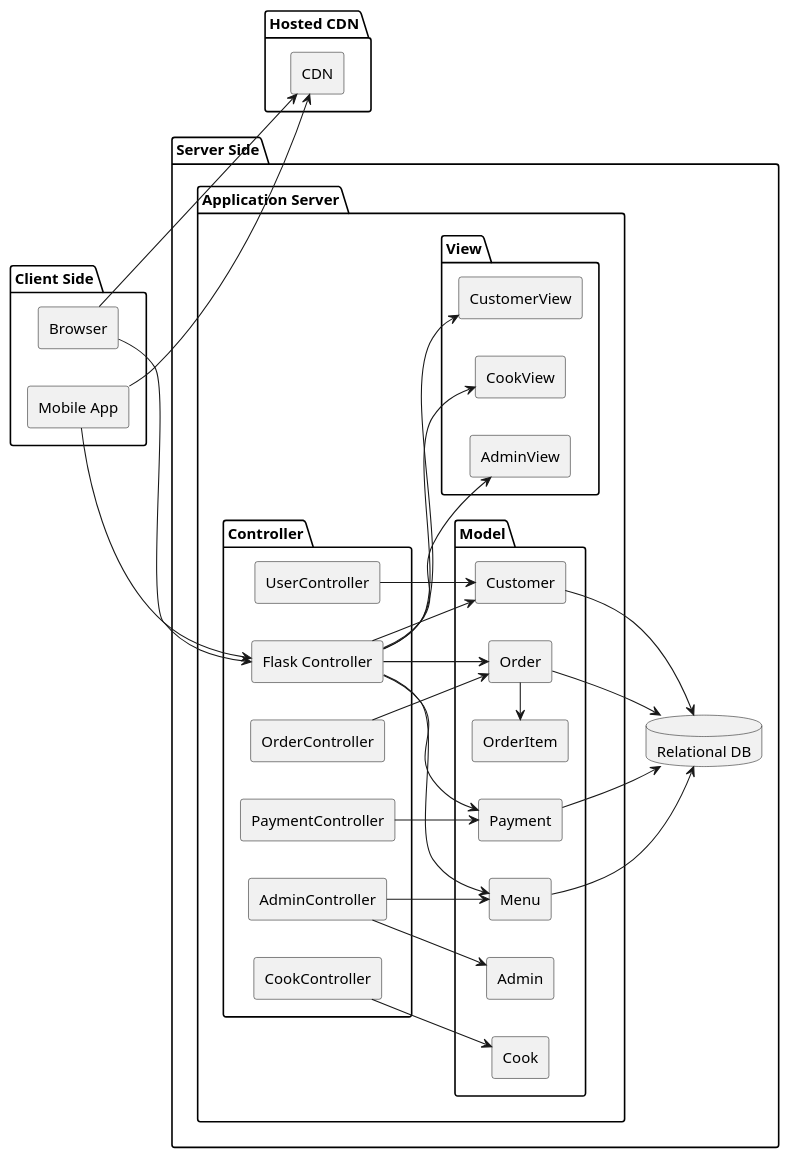
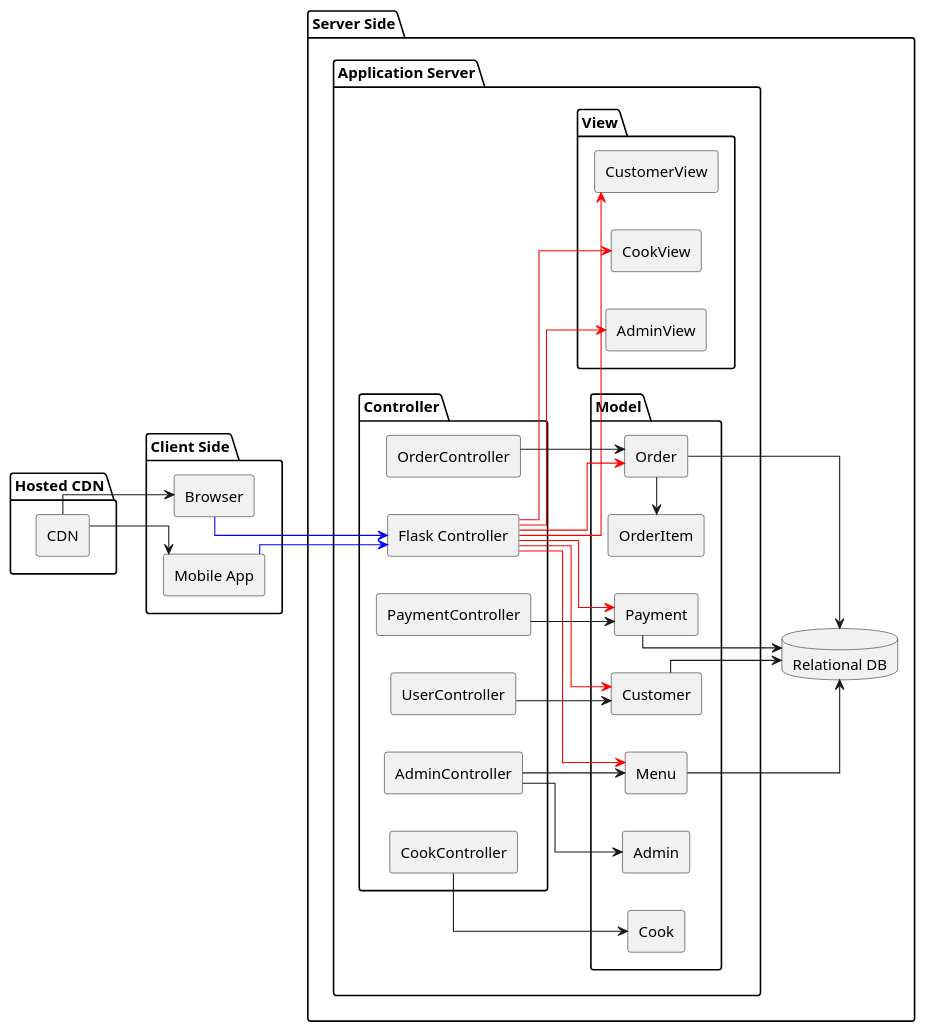
The diagram in DOCS/componetsTwo.plantUML (jayd719/DjangoFoodOrderingApp), drawn with PlantUML before and after one commit.

```diff
--- a/DOCS/componetsTwo.plantUML
+++ b/DOCS/componetsTwo.plantUML
@@ -1,69 +1,73 @@
 @startuml comps
 left to right direction
+skinparam linetype ortho
 
 
 package "Client Side" {
     RECTANGLE Browser
     RECTANGLE "Mobile App"
 }
 
 package "Hosted CDN" {
     RECTANGLE CDN
 }
 
 package "Server Side" {
     package "Application Server" {
         package "Controller" {
             RECTANGLE "Flask Controller"
             RECTANGLE OrderController
             RECTANGLE PaymentController
             RECTANGLE CookController
             RECTANGLE UserController
             RECTANGLE AdminController
         }
 
         package "Model" {
             RECTANGLE Order
             RECTANGLE OrderItem
             RECTANGLE Customer
             RECTANGLE Cook
             RECTANGLE Admin
             RECTANGLE Menu
             RECTANGLE Payment
         }
 
         package "View" {
             RECTANGLE CustomerView
             RECTANGLE CookView
             RECTANGLE AdminView
         }
     }
 
     database "Relational DB"
 
 }
 
-Browser --> CDN
-"Mobile App" --> CDN
-Browser --> "Flask Controller"
-"Mobile App" --> "Flask Controller"
-"Flask Controller" --> CustomerView
-"Flask Controller" --> CookView
-"Flask Controller" --> AdminView
-"Flask Controller" --> Order
-"Flask Controller" --> Customer
-"Flask Controller" --> Menu
-"Flask Controller" --> Payment
+Browser <-u- CDN
+"Mobile App" <-u- CDN
+
+Browser -[#blue]-> "Flask Controller"
+"Mobile App" -[#blue]-> "Flask Controller"
+
+"Flask Controller" -[#red]-> CustomerView
+"Flask Controller" -[#red]-> CookView
+"Flask Controller" -[#red]-> AdminView
+"Flask Controller" -[#red]-> Order
+"Flask Controller" -[#red]-> Menu
+"Flask Controller" -[#red]-> Customer
+"Flask Controller" -[#red]-> Payment
+
 Order --> "Relational DB"
 Customer --> "Relational DB"
 Menu --> "Relational DB"
 Payment --> "Relational DB"
 OrderController --> Order
 PaymentController --> Payment
 UserController --> Customer
 AdminController --> Admin
 AdminController --> Menu
 CookController-->Cook
 Order-l-> OrderItem
 
 @enduml
```
